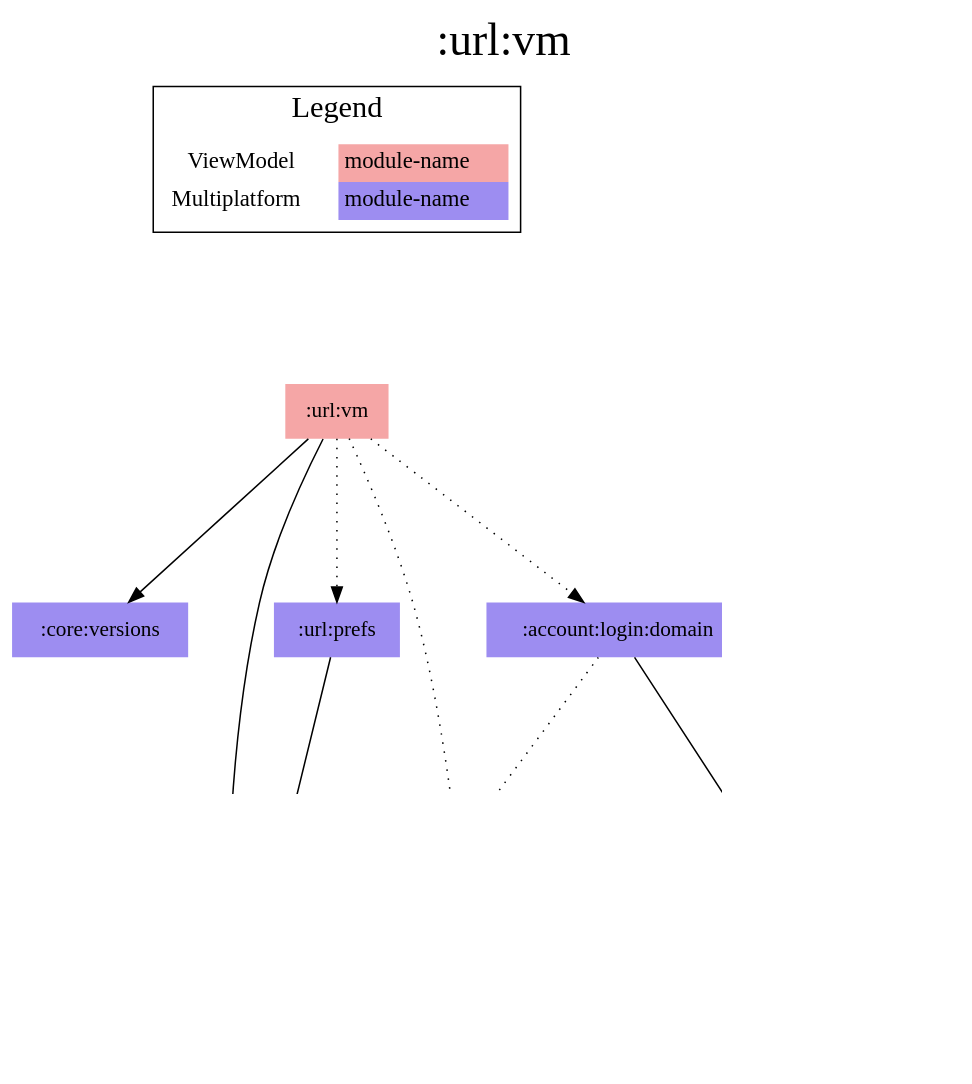
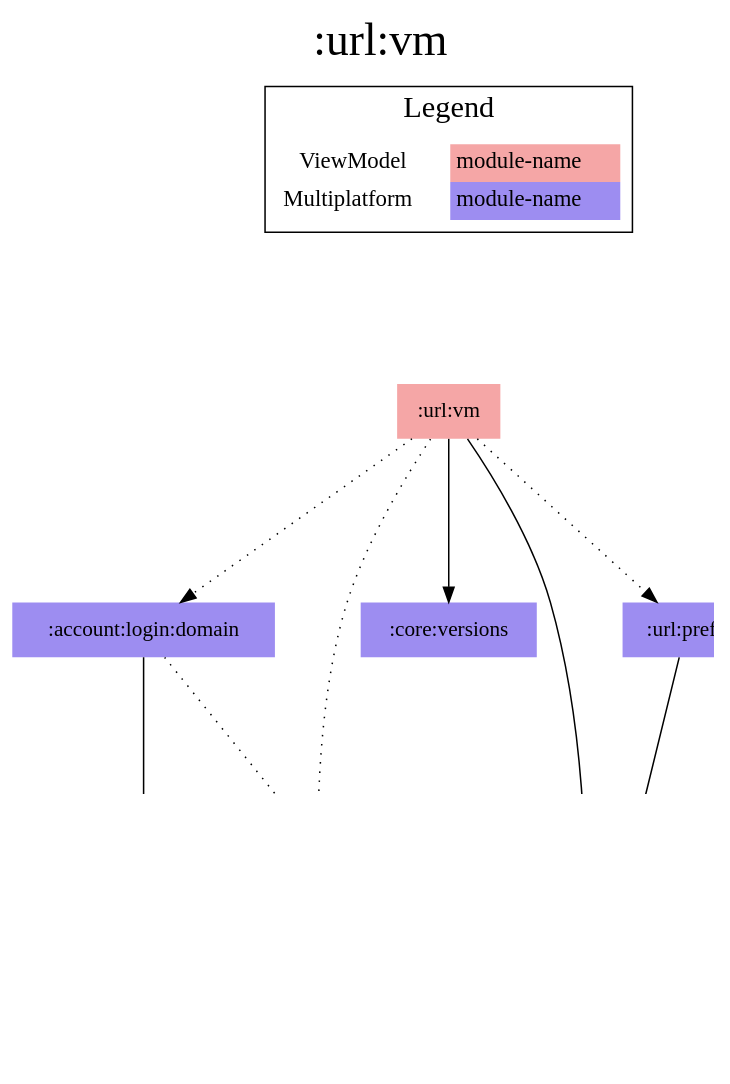
One commit to jonapoul/aktual changed the diagram in modules/url/vm/project-dependency-graph.dot. Above: the diagram before and after it, drawn with Graphviz. The commit also changed 133 other files, not shown here.

```diff
--- a/modules/url/vm/project-dependency-graph.dot
+++ b/modules/url/vm/project-dependency-graph.dot
@@ -1,40 +1,38 @@
 digraph {
 edge ["dir"="forward"]
 graph ["dpi"="100","label"=":url:vm","labelloc"="t","fontsize"="30","ranksep"="1.5","rankdir"="TB"]
 node ["style"="filled"]
-":url:vm" ["fillcolor"="#F5A6A6","shape"="none"]
-":core:versions" ["fillcolor"="#9D8DF1","shape"="none"]
-":url:model" ["fillcolor"="#9D8DF1","shape"="none"]
 ":account:login:domain" ["fillcolor"="#9D8DF1","shape"="none"]
 ":account:model" ["fillcolor"="#9D8DF1","shape"="none"]
 ":api:actual" ["fillcolor"="#9D8DF1","shape"="none"]
 ":budget:model" ["fillcolor"="#9D8DF1","shape"="none"]
-":codegen:annotation" ["fillcolor"="#9D8DF1","shape"="none"]
+":core:versions" ["fillcolor"="#9D8DF1","shape"="none"]
+":url:model" ["fillcolor"="#9D8DF1","shape"="none"]
 ":url:prefs" ["fillcolor"="#9D8DF1","shape"="none"]
+":url:vm" ["fillcolor"="#F5A6A6","shape"="none"]
 {
 edge ["dir"="none"]
 graph ["rank"="same"]
 }
 ":account:login:domain" -> ":account:model"
 ":account:login:domain" -> ":api:actual" ["style"="dotted"]
 ":api:actual" -> ":account:model"
 ":api:actual" -> ":budget:model"
-":api:actual" -> ":codegen:annotation" ["style"="dotted"]
 ":api:actual" -> ":url:model"
 ":url:prefs" -> ":url:model"
 ":url:vm" -> ":account:login:domain" ["style"="dotted"]
 ":url:vm" -> ":api:actual" ["style"="dotted"]
 ":url:vm" -> ":core:versions"
 ":url:vm" -> ":url:model"
 ":url:vm" -> ":url:prefs" ["style"="dotted"]
 subgraph "cluster_legend" {
 edge ["dir"="none"]
 graph ["label"="Legend","fontsize"="20"]
 "Legend" ["style"="filled","fillcolor"="#FFFFFF","shape"="none","margin"="0","fontsize"="15","label"=<
 <TABLE BORDER="0" CELLBORDER="0" CELLSPACING="0" CELLPADDING="4">
 <TR><TD>ViewModel</TD><TD BGCOLOR="#F5A6A6">module-name</TD></TR>
 <TR><TD>Multiplatform</TD><TD BGCOLOR="#9D8DF1">module-name</TD></TR>
 </TABLE>
 >]
 } -> ":url:vm" ["style"="invis"]
 }
```
